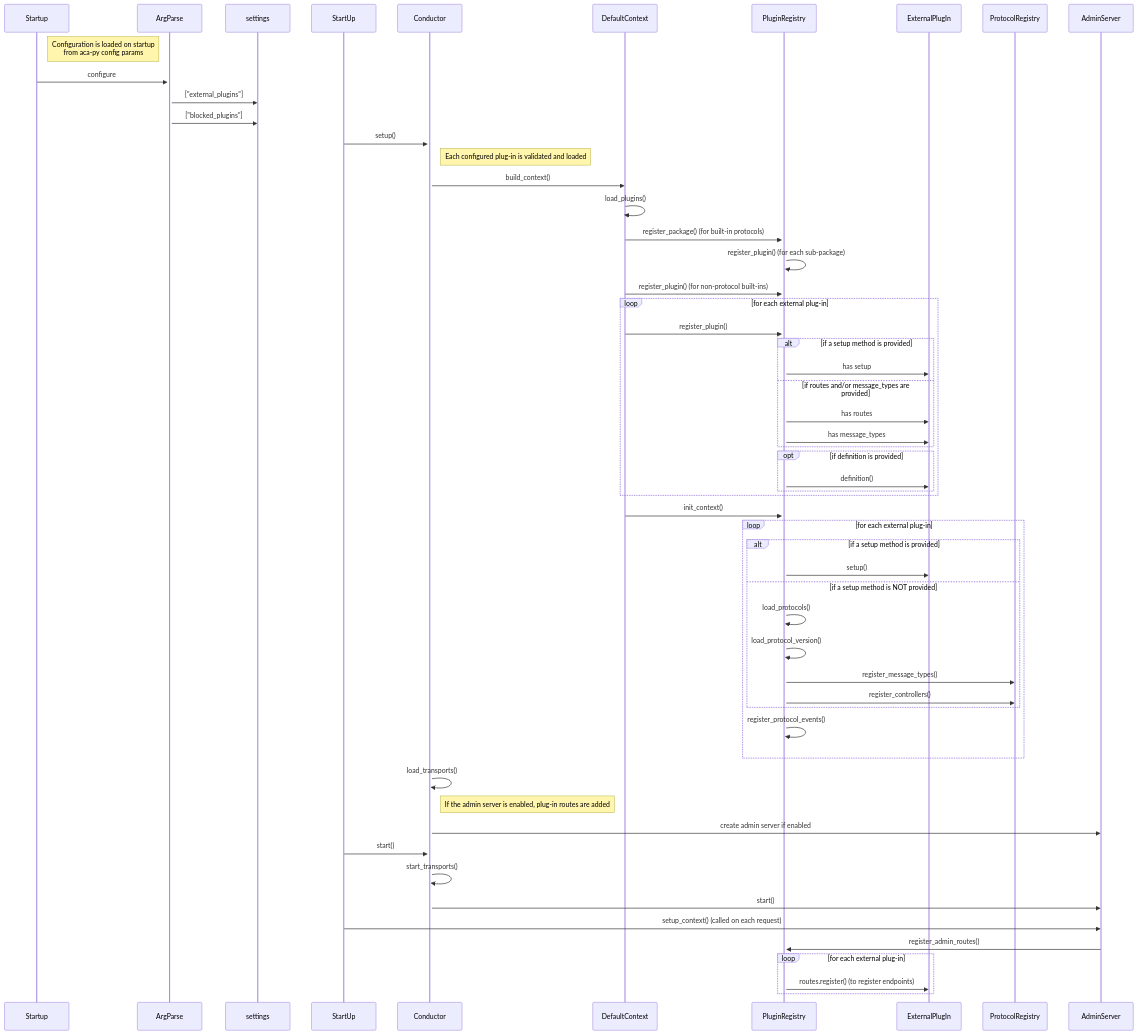
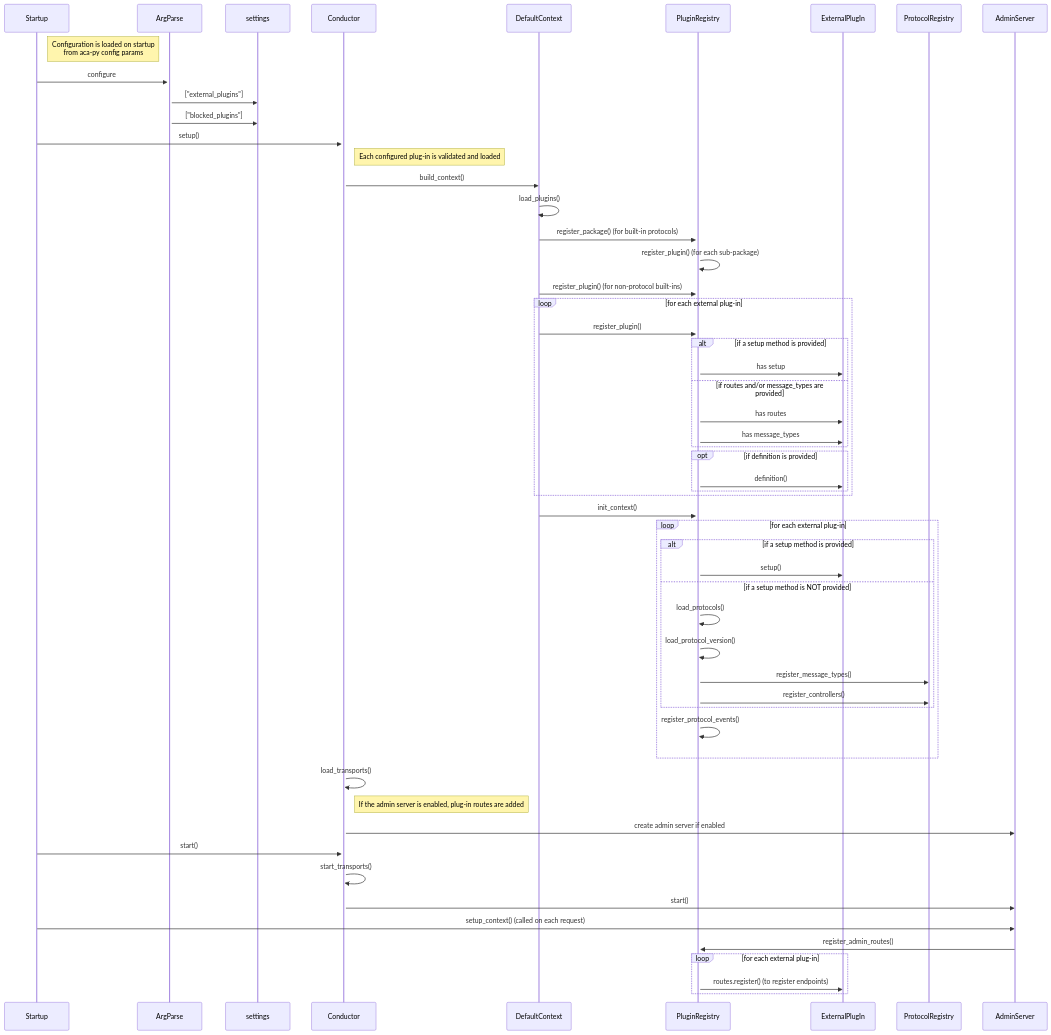
The diagram in docs/GettingStartedAriesDev/PlugIns.md (ianco/aries-cloudagent-python), drawn with Mermaid before and after one commit.

Commit message:
Update plug-in docs

````diff
--- a/docs/GettingStartedAriesDev/PlugIns.md
+++ b/docs/GettingStartedAriesDev/PlugIns.md
@@ -79,55 +79,55 @@
 ```mermaid
 sequenceDiagram
   participant Startup
   Note right of Startup: Configuration is loaded on startup<br/>from aca-py config params
     Startup->>+ArgParse: configure
     ArgParse->>settings:  ["external_plugins"]
     ArgParse->>settings:  ["blocked_plugins"]
 
-    StartUp->>+Conductor: setup()
+    Startup->>+Conductor: setup()
       Note right of Conductor: Each configured plug-in is validated and loaded
       Conductor->>DefaultContext:  build_context()
       DefaultContext->>DefaultContext:  load_plugins()
       DefaultContext->>+PluginRegistry:  register_package() (for built-in protocols)
         PluginRegistry->>PluginRegistry:  register_plugin() (for each sub-package)
       DefaultContext->>PluginRegistry:  register_plugin() (for non-protocol built-ins)
       loop for each external plug-in
       DefaultContext->>PluginRegistry:  register_plugin()
       alt if a setup method is provided
         PluginRegistry->>ExternalPlugIn:  has setup
       else if routes and/or message_types are provided
         PluginRegistry->>ExternalPlugIn:  has routes
         PluginRegistry->>ExternalPlugIn:  has message_types
       end
       opt if definition is provided
         PluginRegistry->>ExternalPlugIn:  definition()
       end
       end
       DefaultContext->>PluginRegistry:  init_context()
         loop for each external plug-in
         alt if a setup method is provided
           PluginRegistry->>ExternalPlugIn:  setup()
         else if a setup method is NOT provided
           PluginRegistry->>PluginRegistry:  load_protocols()
           PluginRegistry->>PluginRegistry:  load_protocol_version()
           PluginRegistry->>ProtocolRegistry:  register_message_types()
           PluginRegistry->>ProtocolRegistry:  register_controllers()
         end
         PluginRegistry->>PluginRegistry:  register_protocol_events()
       end
 
       Conductor->>Conductor:  load_transports()
 
       Note right of Conductor: If the admin server is enabled, plug-in routes are added
       Conductor->>AdminServer:  create admin server if enabled
 
-    StartUp->>Conductor: start()
+    Startup->>Conductor: start()
       Conductor->>Conductor:  start_transports()
       Conductor->>AdminServer:  start()
 
-    StartUp->>AdminServer:  setup_context() (called on each request)
+    Startup->>AdminServer:  setup_context() (called on each request)
       AdminServer->>PluginRegistry:  register_admin_routes()
       loop for each external plug-in
         PluginRegistry->>ExternalPlugIn:  routes.register() (to register endpoints)
       end
 ```
````
